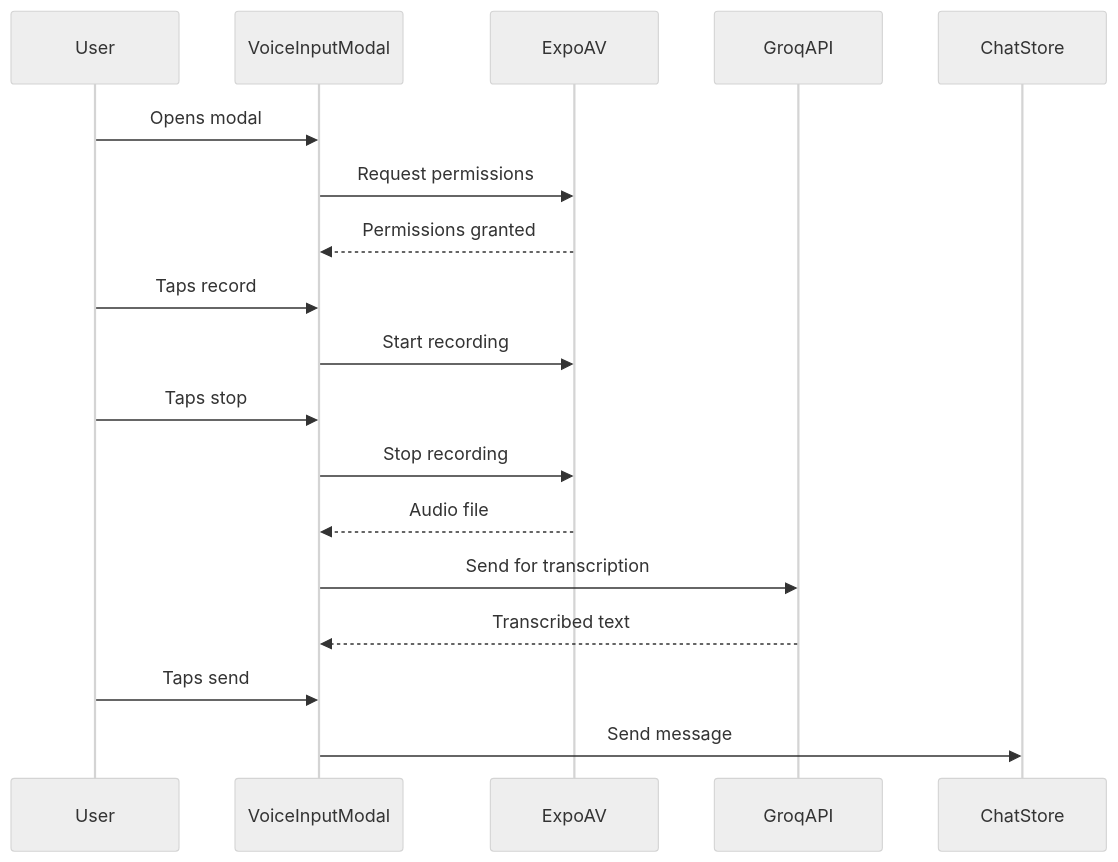
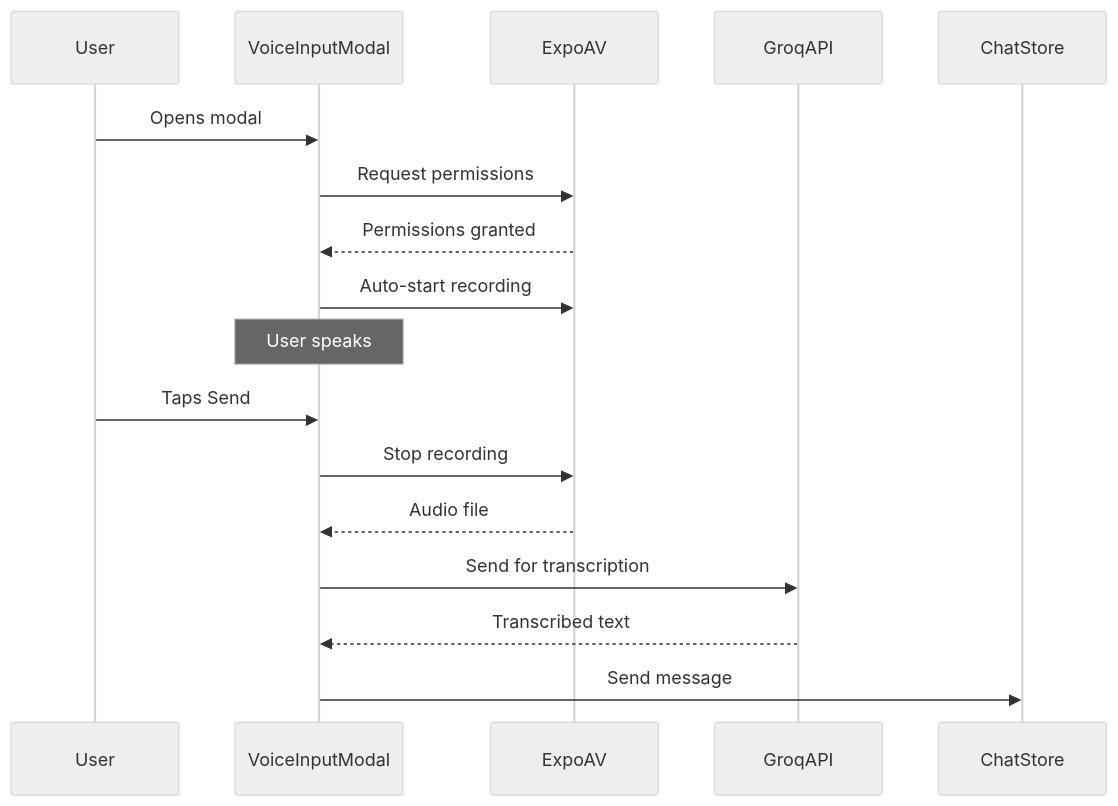
One commit to OpenAgentsInc/onyx changed the diagram in docs/groq-voice.md. Above: the diagram before and after it, drawn with Mermaid (neutral theme). The commit also changed other lines of this file, not shown here.

Commit message:
Updated groq-voice.md to enhance transcription process with automatic recording and added new Architecture section detailing system components.

````diff
--- a/docs/groq-voice.md
+++ b/docs/groq-voice.md
@@ -31,21 +31,20 @@
 ```mermaid
 sequenceDiagram
     participant User
     participant VoiceInputModal
     participant ExpoAV
     participant GroqAPI
     participant ChatStore
 
     User->>VoiceInputModal: Opens modal
     VoiceInputModal->>ExpoAV: Request permissions
     ExpoAV-->>VoiceInputModal: Permissions granted
-    User->>VoiceInputModal: Taps record
-    VoiceInputModal->>ExpoAV: Start recording
-    User->>VoiceInputModal: Taps stop
+    VoiceInputModal->>ExpoAV: Auto-start recording
+    Note over VoiceInputModal: User speaks
+    User->>VoiceInputModal: Taps Send
     VoiceInputModal->>ExpoAV: Stop recording
     ExpoAV-->>VoiceInputModal: Audio file
     VoiceInputModal->>GroqAPI: Send for transcription
     GroqAPI-->>VoiceInputModal: Transcribed text
-    User->>VoiceInputModal: Taps send
     VoiceInputModal->>ChatStore: Send message
 ```
````
